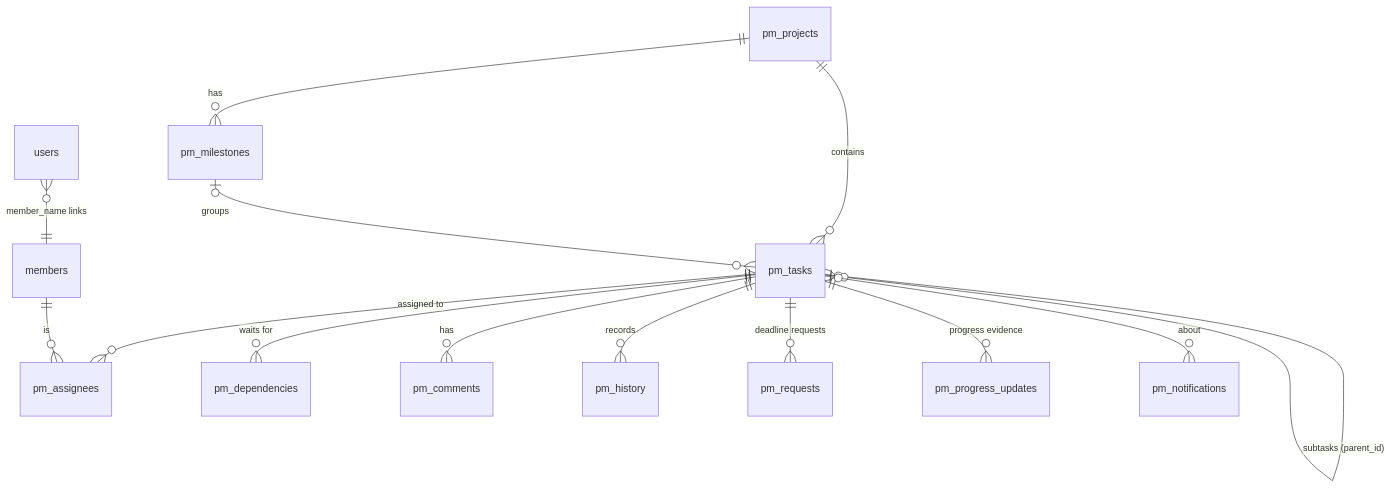
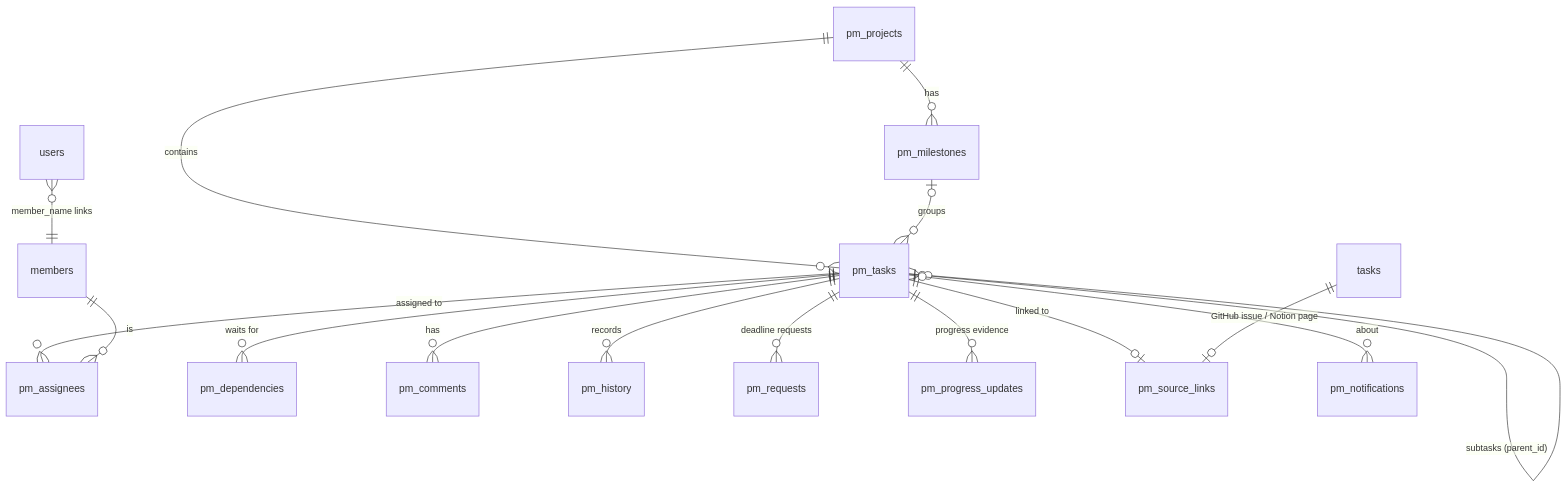
One commit to Siddhi-Karhekar/Tracker changed the diagram in docs/TEAMPULSE_2.md. Above: the diagram before and after it, drawn with Mermaid. The commit also changed other lines of this file and 8 other files, not shown here.

First line of the commit message:
TeamPulse 2.0 phase 3: link planned tasks to GitHub issues and Notion pages

````diff
--- a/docs/TEAMPULSE_2.md
+++ b/docs/TEAMPULSE_2.md
@@ -157,16 +179,18 @@
 ```mermaid
 erDiagram
     pm_projects ||--o{ pm_milestones : has
     pm_projects ||--o{ pm_tasks : contains
     pm_milestones |o--o{ pm_tasks : groups
     pm_tasks |o--o{ pm_tasks : "subtasks (parent_id)"
     pm_tasks ||--o{ pm_assignees : "assigned to"
     members ||--o{ pm_assignees : is
     pm_tasks ||--o{ pm_dependencies : "waits for"
     pm_tasks ||--o{ pm_comments : has
     pm_tasks ||--o{ pm_history : records
     pm_tasks ||--o{ pm_requests : "deadline requests"
     pm_tasks ||--o{ pm_progress_updates : "progress evidence"
+    pm_tasks ||--o| pm_source_links : "linked to"
+    tasks ||--o| pm_source_links : "GitHub issue / Notion page"
     pm_tasks |o--o{ pm_notifications : about
     users }o--|| members : "member_name links"
 ```
````
